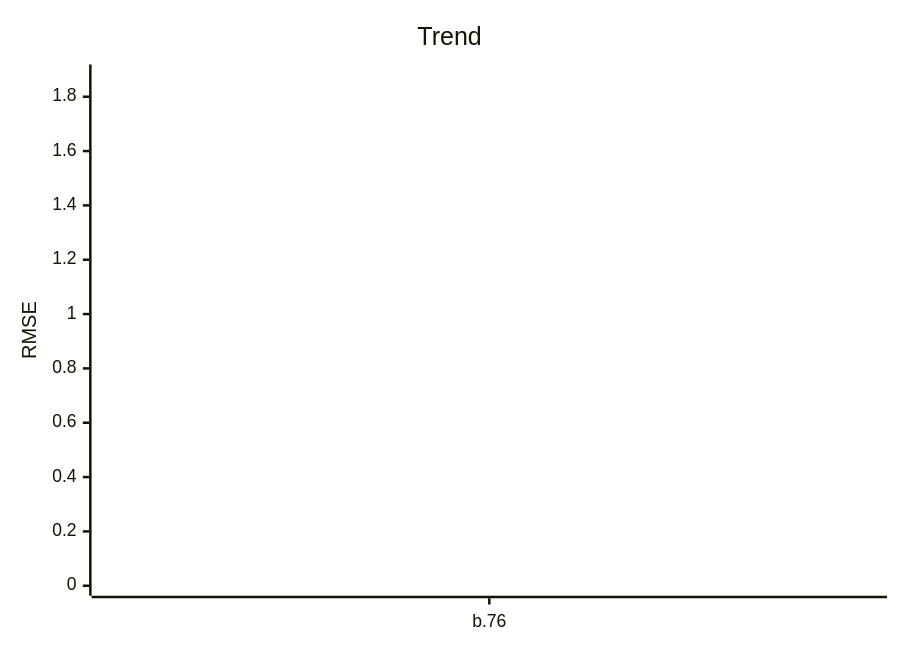
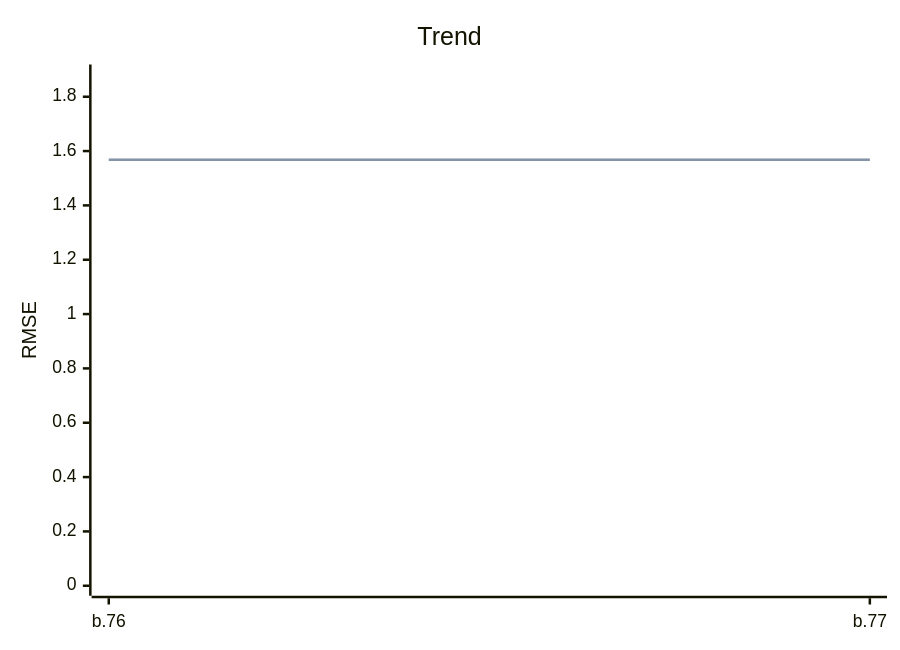
Before and after one commit to timo-eberl/tracy: the first of 2 diagrams in README.md, drawn with Mermaid. The commit also changed 5 other files, not shown here.

````diff
--- a/README.md
+++ b/README.md
@@ -7,8 +7,8 @@
 ```mermaid
 xychart-beta
     title "Trend"
-    x-axis ["b.76"]
+    x-axis ["b.76", "b.77"]
     y-axis "RMSE" 0 --> 1.8818
-    line [1.5682]
-    line [1.5682]
+    line [1.5682, 1.5682]
+    line [1.5682, 1.5682]
 ```
````
